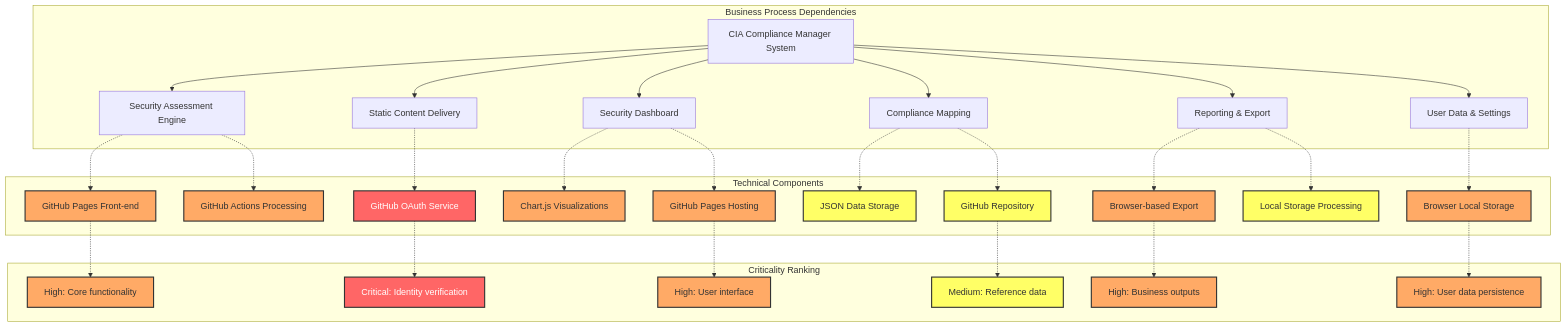
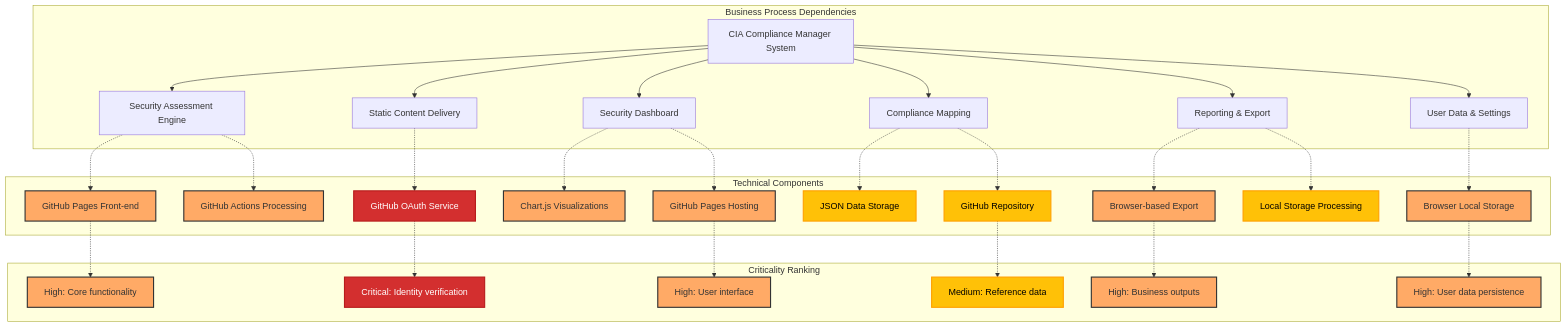
The second of 33 diagrams in docs/architecture/BCPPlan.md (Hack23/cia-compliance-manager), drawn with Mermaid before and after one commit. The commit also changed other lines of this file and 18 other files, not shown here.

First line of the commit message:
style: update all classDef colors to ISMS style guide palette and fix quadrant charts

````diff
--- a/docs/architecture/BCPPlan.md
+++ b/docs/architecture/BCPPlan.md
@@ -134,41 +134,41 @@
 ```mermaid
 graph TB
     subgraph "Business Process Dependencies"
         A[CIA Compliance Manager System] --> B[Security Assessment Engine]
         A --> C[Static Content Delivery]
         A --> D[Security Dashboard]
         A --> E[Compliance Mapping]
         A --> F[Reporting & Export]
         A --> G[User Data & Settings]
     end
 
     subgraph "Technical Components"
         B -.-> B1[GitHub Pages Front-end]
         B -.-> B2[GitHub Actions Processing]
         C -.-> C1[GitHub OAuth Service]
         D -.-> D1[Chart.js Visualizations]
         D -.-> D2[GitHub Pages Hosting]
         E -.-> E1[JSON Data Storage]
         E -.-> E2[GitHub Repository]
         F -.-> F1[Browser-based Export]
         F -.-> F2[Local Storage Processing]
         G -.-> G1[Browser Local Storage]
     end
 
     subgraph "Criticality Ranking"
         B1 -.-> CR1[High: Core functionality]
         C1 -.-> CR2[Critical: Identity verification]
         D2 -.-> CR3[High: User interface]
         E2 -.-> CR4[Medium: Reference data]
         F1 -.-> CR5[High: Business outputs]
         G1 -.-> CR6[High: User data persistence]
     end
 
-    classDef critical fill:#ff6666,stroke:#333,stroke-width:2px,color:white;
+    classDef critical fill:#D32F2F,stroke:#B71C1C,stroke-width:2px,color:#ffffff
     classDef high fill:#ffaa66,stroke:#333,stroke-width:2px;
-    classDef medium fill:#ffff66,stroke:#333,stroke-width:2px;
+    classDef medium fill:#FFC107,stroke:#FFA000,stroke-width:2px,color:#000000
 
     class C1,CR2 critical;
     class B1,B2,D1,D2,F1,G1,CR1,CR3,CR5,CR6 high;
     class E1,E2,F2,CR4 medium;
 ```
````
